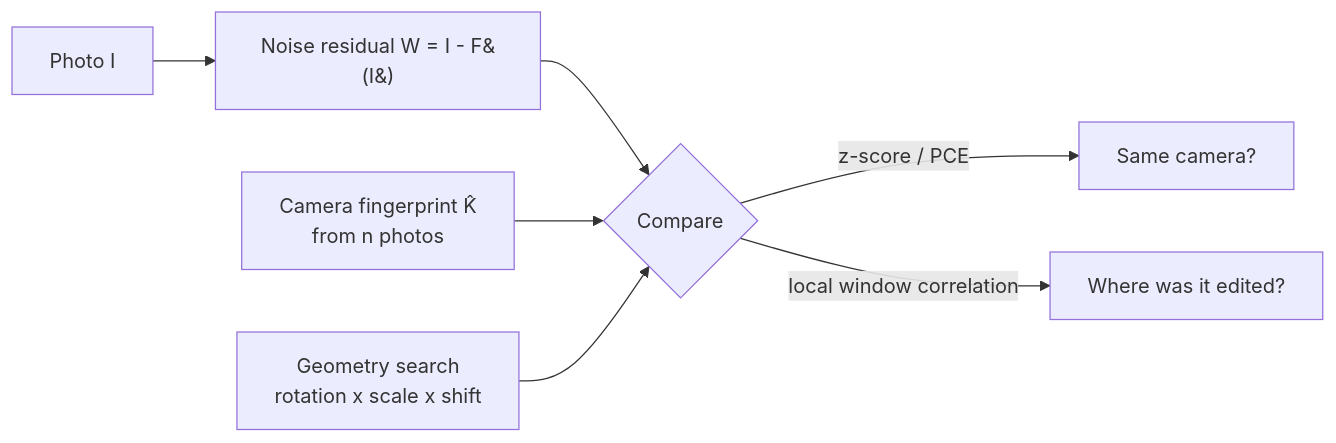
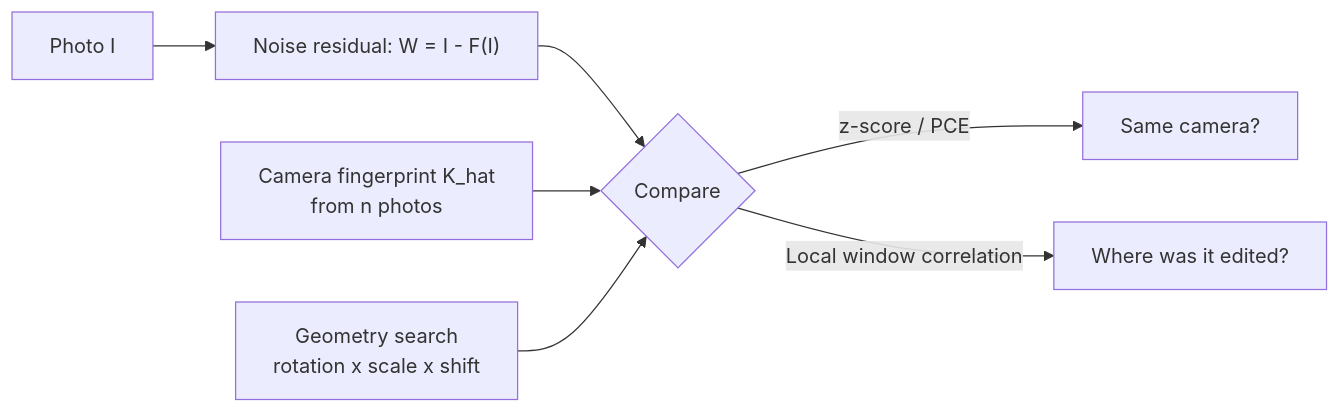
The diagram in README.md (Hadifard/prnu-image-fingerprint), drawn with Mermaid before and after one commit.

Commit message:
Revise mermaid diagram in README
Updated mermaid diagram syntax for clarity and consistency.

````diff
--- a/README.md
+++ b/README.md
@@ -67,9 +67,9 @@
 ```mermaid
 flowchart LR
-    A[Photo I] --> B[Noise residual W = I - F&#40;I&#41;]
-    B --> C{Compare}
-    R[Camera fingerprint K̂<br/>from n photos] --> C
-    C -->|z-score / PCE| D[Same camera?]
-    C -->|local window correlation| E[Where was it edited?]
-    G[Geometry search<br/>rotation x scale x shift] --> C
+    A["Photo I"] --> B["Noise residual: W = I - F(I)"]
+    B --> C{"Compare"}
+    R["Camera fingerprint K_hat<br/>from n photos"] --> C
+    C -->|"z-score / PCE"| D["Same camera?"]
+    C -->|"Local window correlation"| E["Where was it edited?"]
+    G["Geometry search<br/>rotation x scale x shift"] --> C
 ```
````
